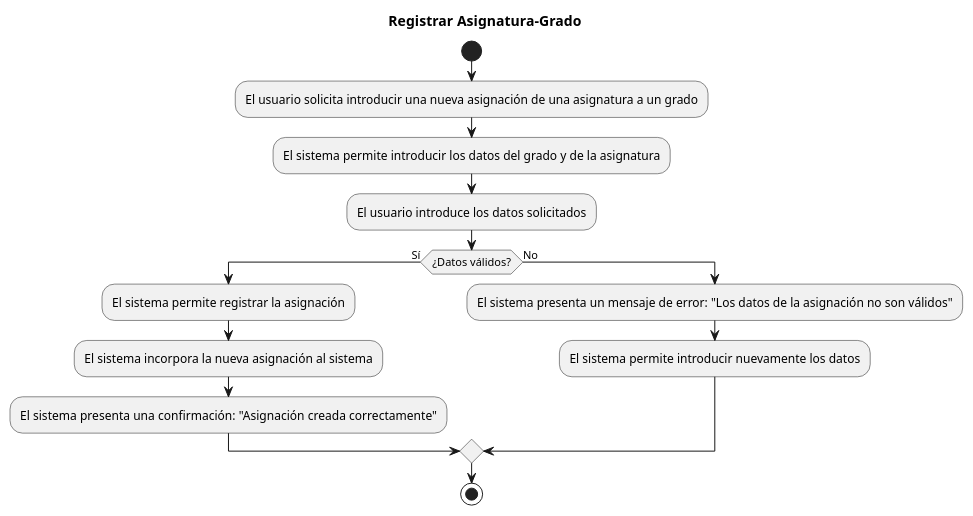
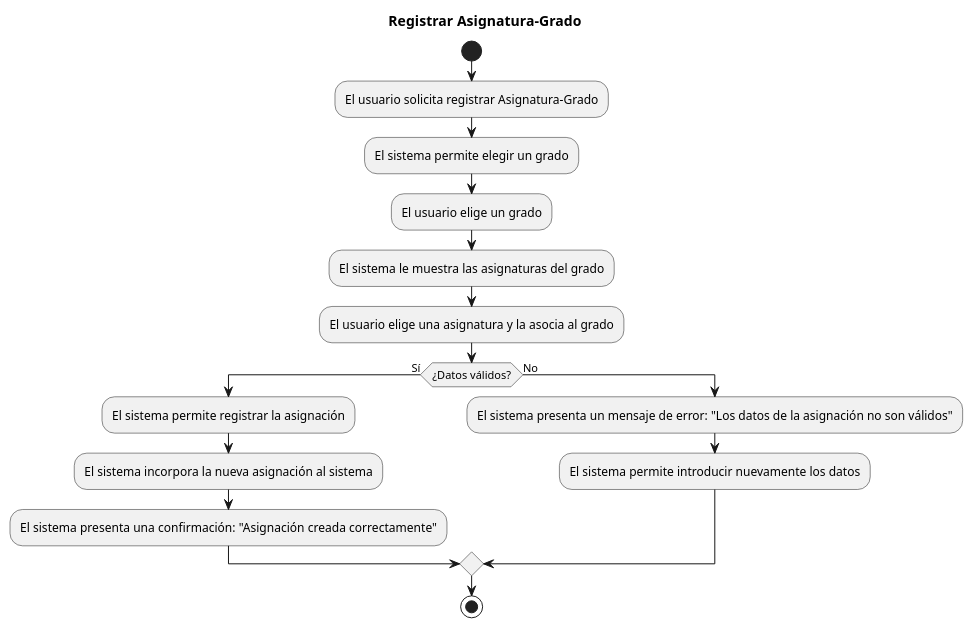
One commit to mmasias/24-25-IdSw1-SDR changed the diagram in casosDeUso/plantUML/AsignaturaGrado/RegistrarAsignaturaGrado.puml. Above: the diagram before and after it, drawn with PlantUML. The commit also changed 5 other files, not shown here.

```diff
--- a/casosDeUso/plantUML/AsignaturaGrado/RegistrarAsignaturaGrado.puml
+++ b/casosDeUso/plantUML/AsignaturaGrado/RegistrarAsignaturaGrado.puml
@@ -1,19 +1,21 @@
 @startuml
 
 title Registrar Asignatura-Grado
 
 start
-:El usuario solicita introducir una nueva asignación de una asignatura a un grado;
-:El sistema permite introducir los datos del grado y de la asignatura;
-:El usuario introduce los datos solicitados;
+:El usuario solicita registrar Asignatura-Grado;
+:El sistema permite elegir un grado;
+:El usuario elige un grado;
+:El sistema le muestra las asignaturas del grado;
+:El usuario elige una asignatura y la asocia al grado;
 if (¿Datos válidos?) then (Sí)
 :El sistema permite registrar la asignación;
 :El sistema incorpora la nueva asignación al sistema;
 :El sistema presenta una confirmación: "Asignación creada correctamente";
 else (No)
 :El sistema presenta un mensaje de error: "Los datos de la asignación no son válidos";
 :El sistema permite introducir nuevamente los datos;
 endif
 stop
 
 @enduml
```
